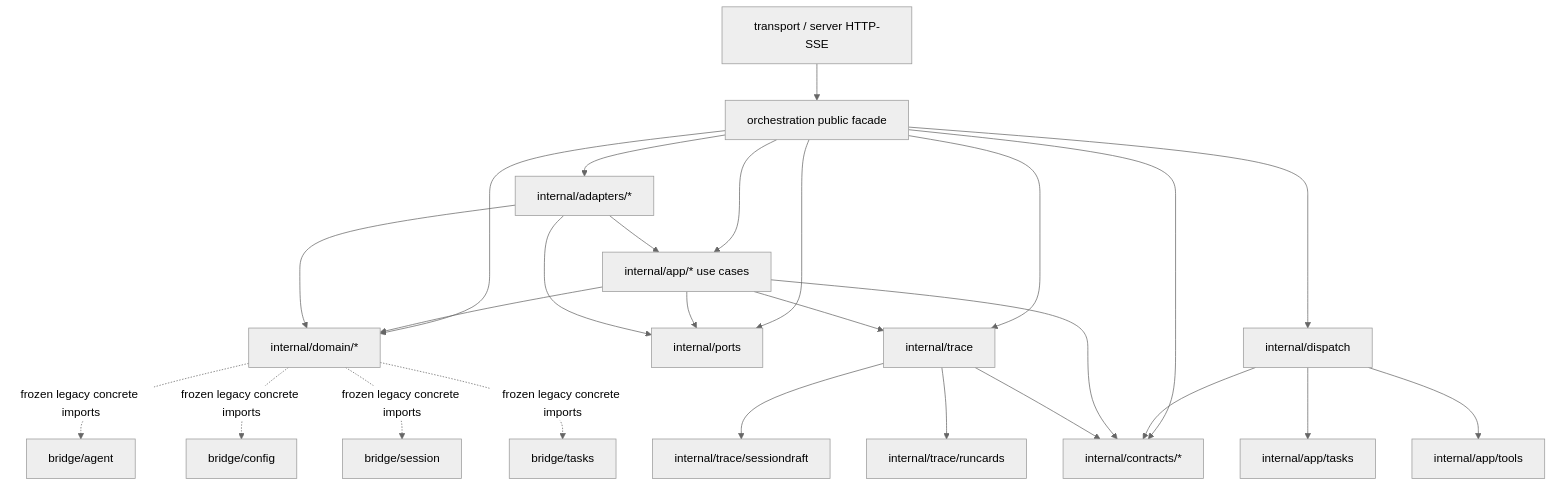
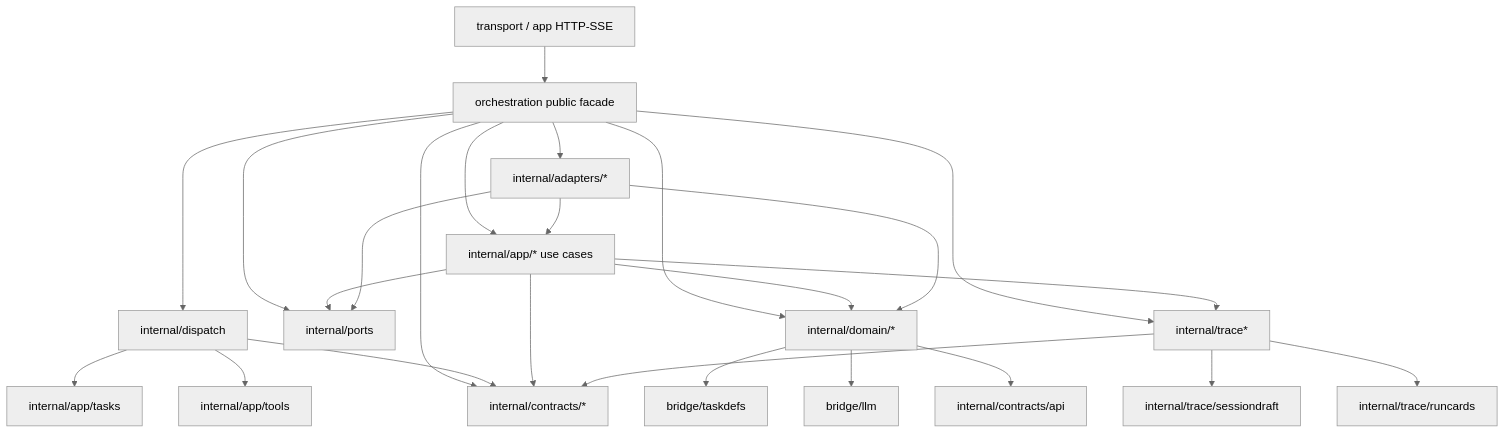
One commit to ruan222123126/ghost-os changed the diagram in docs/orchestration-stage0-dependency-graph.md. Above: the diagram before and after it, drawn with Mermaid (neutral theme). The commit also changed other lines of this file and 385 other files, not shown here.

First line of the commit message:
refactor: stabilize bridge contracts and web run views

````diff
--- a/docs/orchestration-stage0-dependency-graph.md
+++ b/docs/orchestration-stage0-dependency-graph.md
@@ -35,33 +27,32 @@
 ```mermaid
 flowchart TD
-  Transport["transport / server HTTP-SSE"] --> Facade["orchestration public facade"]
+  Transport["transport / app HTTP-SSE"] --> Facade["orchestration public facade"]
+  Facade --> Dispatch["internal/dispatch"]
   Facade --> App["internal/app/* use cases"]
+  Facade --> Adapters["internal/adapters/*"]
+  Facade --> Ports["internal/ports"]
   Facade --> Domain["internal/domain/*"]
-  Facade --> Ports["internal/ports"]
-  Facade --> Adapters["internal/adapters/*"]
-  Facade --> Dispatch["internal/dispatch"]
-  Facade --> Trace["internal/trace"]
+  Facade --> Trace["internal/trace*"]
   Facade --> Contracts["internal/contracts/*"]
 
   Dispatch --> AppTasks["internal/app/tasks"]
   Dispatch --> AppTools["internal/app/tools"]
   Dispatch --> Contracts
 
   App --> Domain
+  App --> Trace
   App --> Ports
-  App --> Trace
   App --> Contracts
 
-  Adapters --> Ports
   Adapters --> App
   Adapters --> Domain
+  Adapters --> Ports
 
   Trace --> Contracts
   Trace --> SessionDraft["internal/trace/sessiondraft"]
   Trace --> RunCards["internal/trace/runcards"]
 
-  Domain -. frozen legacy concrete imports .-> Agent["bridge/agent"]
-  Domain -. frozen legacy concrete imports .-> Config["bridge/config"]
-  Domain -. frozen legacy concrete imports .-> Session["bridge/session"]
-  Domain -. frozen legacy concrete imports .-> Tasks["bridge/tasks"]
+  Domain --> Taskdefs["bridge/taskdefs"]
+  Domain --> LLM["bridge/llm"]
+  Domain --> APIContracts["internal/contracts/api"]
 ```
````
